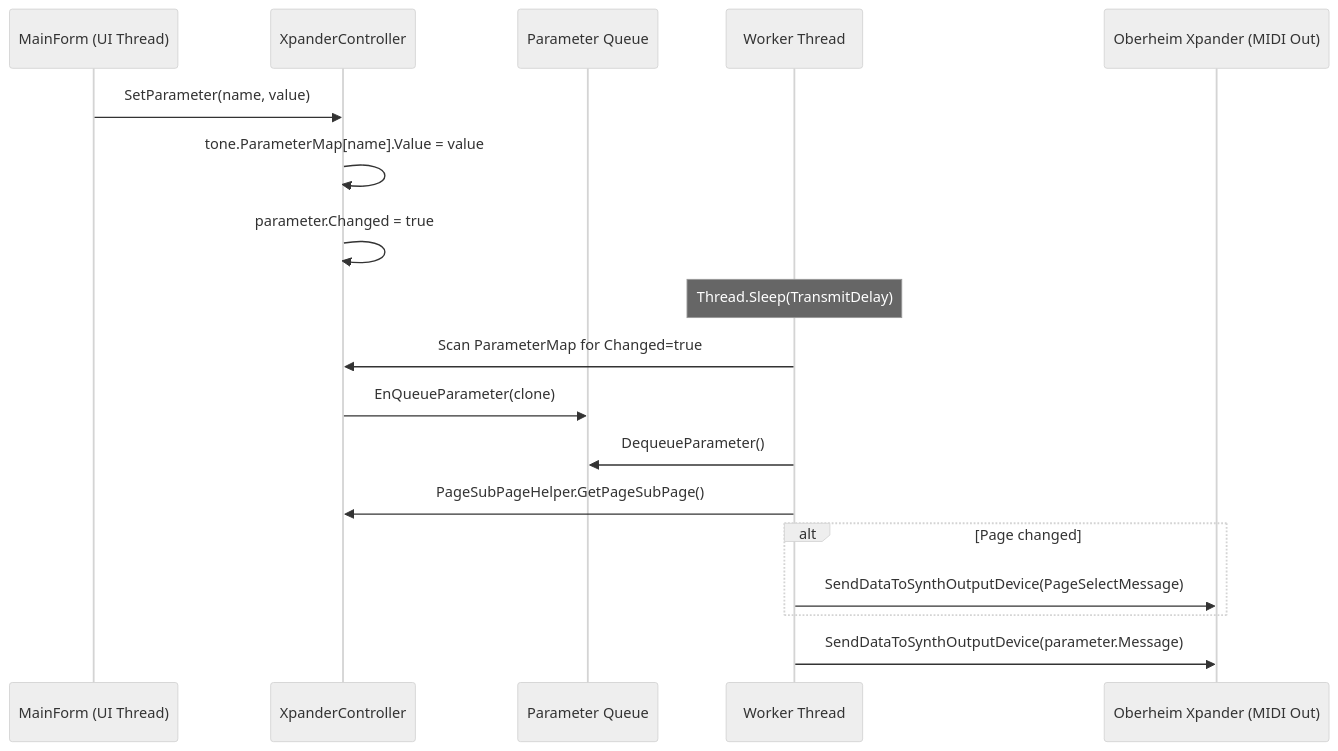
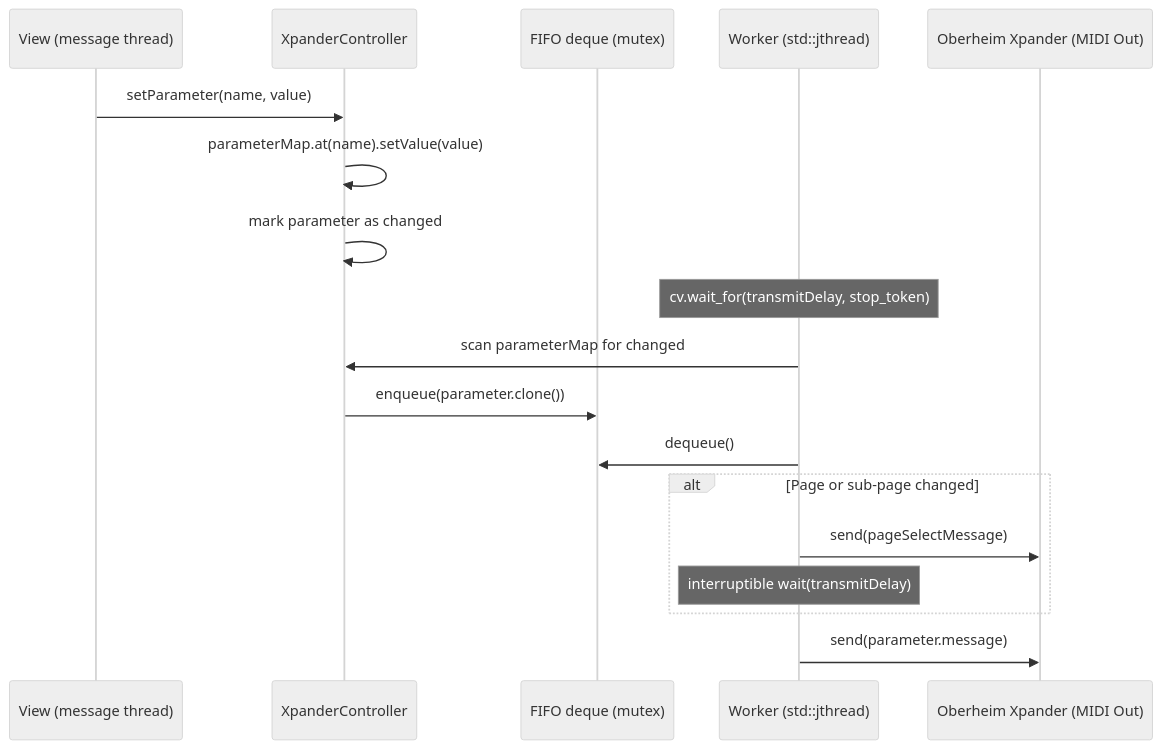
The ninth of 12 diagrams in docs/architecture-analysis.md (xplorer2716/XplorerEditor), drawn with Mermaid (neutral theme) before and after one commit. The commit also changed other lines of this file and 203 other files, not shown here.

````diff
--- a/docs/architecture-analysis.md
+++ b/docs/architecture-analysis.md
@@ -107,21 +401,21 @@
 ```mermaid
 sequenceDiagram
-    participant UI as MainForm (UI Thread)
+    participant UI as View (message thread)
     participant Ctrl as XpanderController
-    participant Queue as Parameter Queue
-    participant WT as Worker Thread
+    participant Queue as FIFO deque (mutex)
+    participant WT as Worker (std::jthread)
     participant Synth as Oberheim Xpander (MIDI Out)
 
-    UI->>Ctrl: SetParameter(name, value)
-    Ctrl->>Ctrl: tone.ParameterMap[name].Value = value
-    Ctrl->>Ctrl: parameter.Changed = true
-    Note over WT: Thread.Sleep(TransmitDelay)
-    WT->>Ctrl: Scan ParameterMap for Changed=true
-    Ctrl->>Queue: EnQueueParameter(clone)
-    WT->>Queue: DequeueParameter()
-    WT->>Ctrl: PageSubPageHelper.GetPageSubPage()
-    alt Page changed
-        WT->>Synth: SendDataToSynthOutputDevice(PageSelectMessage)
+    UI->>Ctrl: setParameter(name, value)
+    Ctrl->>Ctrl: parameterMap.at(name).setValue(value)
+    Ctrl->>Ctrl: mark parameter as changed
+    Note over WT: cv.wait_for(transmitDelay, stop_token)
+    WT->>Ctrl: scan parameterMap for changed
+    Ctrl->>Queue: enqueue(parameter.clone())
+    WT->>Queue: dequeue()
+    alt Page or sub-page changed
+        WT->>Synth: send(pageSelectMessage)
+        Note over WT: interruptible wait(transmitDelay)
     end
-    WT->>Synth: SendDataToSynthOutputDevice(parameter.Message)
+    WT->>Synth: send(parameter.message)
 ```
````
